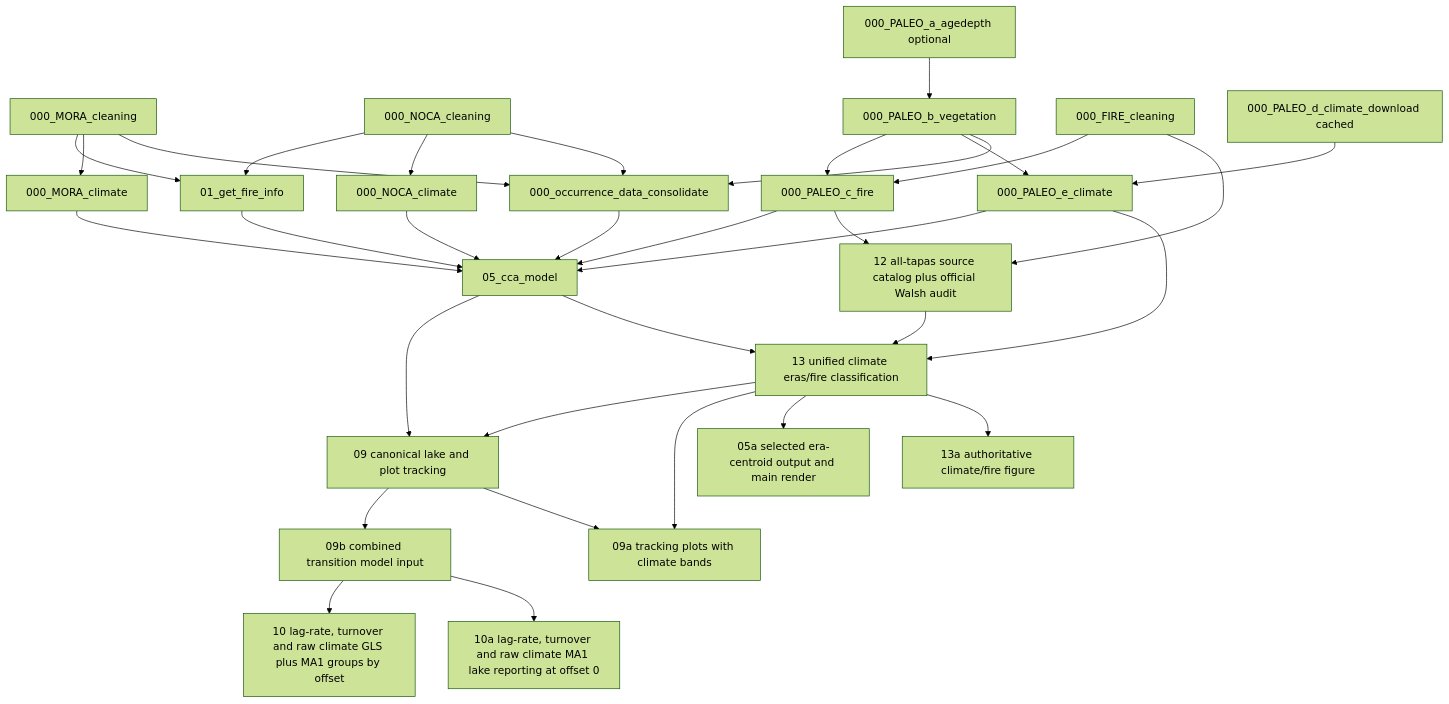
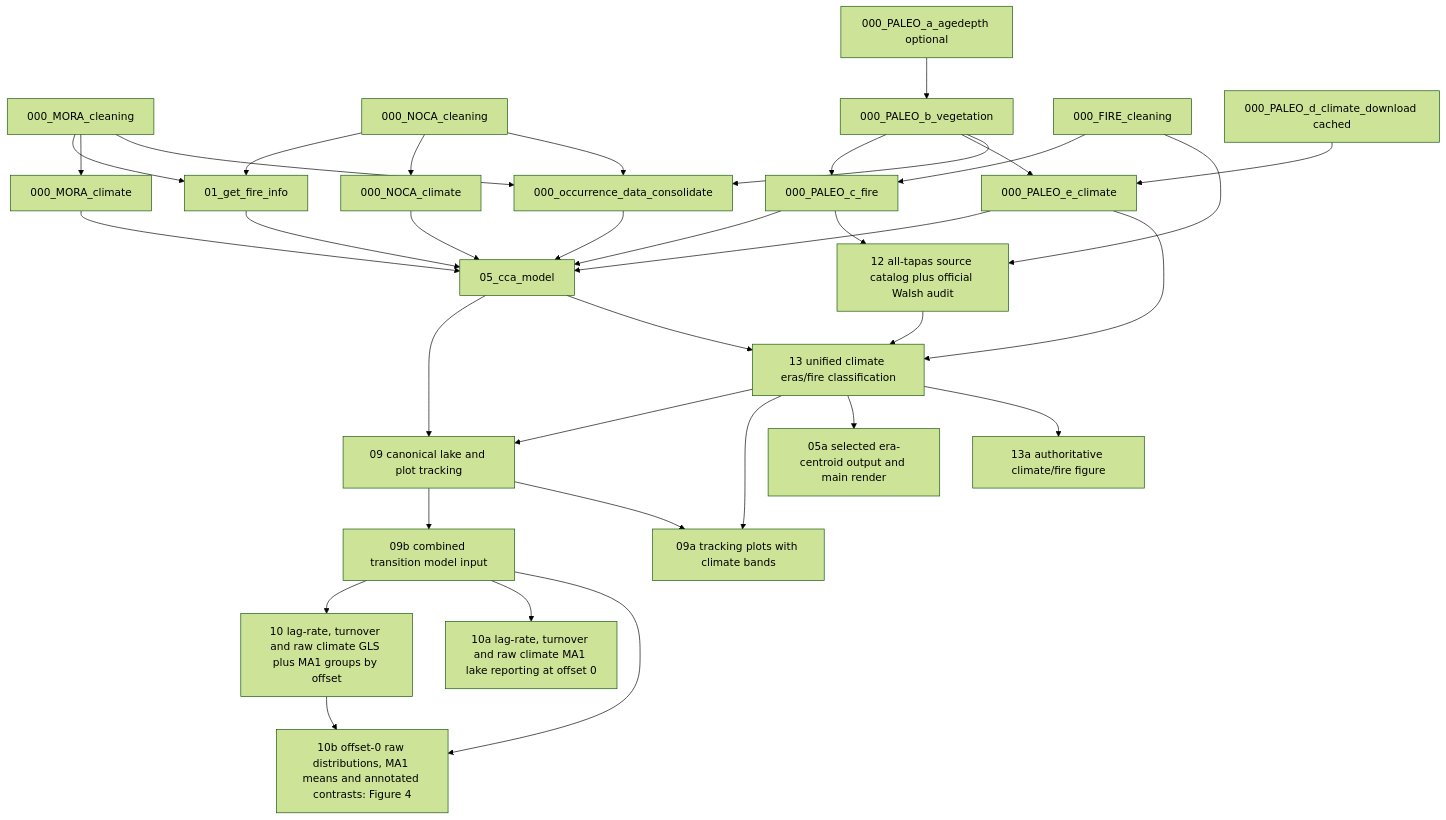
Before and after one commit to billurbektas/PaleoACES: the diagram in docs/WORKFLOW.md, drawn with Mermaid (forest theme). The commit also changed other lines of this file and 36 other files, not shown here.

Commit message:
Add offset-zero manuscript violins with GLS means and contrasts

````diff
--- a/docs/WORKFLOW.md
+++ b/docs/WORKFLOW.md
@@ -74,35 +75,37 @@
 ```mermaid
 flowchart TD
   MV[000_MORA_cleaning] --> AF[01_get_fire_info]
   NV[000_NOCA_cleaning] --> AF
   MV --> MC[000_MORA_climate]
   NV --> NC[000_NOCA_climate]
   BA[000_PALEO_a_agedepth optional] --> PV[000_PALEO_b_vegetation]
   FW[000_FIRE_cleaning] --> PF[000_PALEO_c_fire]
   PV --> PF
   PD[000_PALEO_d_climate_download cached] --> PE[000_PALEO_e_climate]
   PV --> PE
   MV --> OC[000_occurrence_data_consolidate]
   NV --> OC
   PV --> OC
   OC --> CCA[05_cca_model]
   MC --> CCA
   NC --> CCA
   PE --> CCA
   AF --> CCA
   PF --> CCA
   CCA --> TM1[09 canonical lake and plot tracking]
   FW --> WR[12 all-tapas source catalog plus official Walsh audit]
   PF --> WR
   CCA --> ER[13 unified climate eras/fire classification]
   ER --> TM1
   TM1 --> MD[09b combined transition model input]
   MD --> GLS[10 lag-rate, turnover and raw climate GLS plus MA1 groups by offset]
   MD --> LS[10a lag-rate, turnover and raw climate MA1 lake reporting at offset 0]
+  MD --> MF[10b offset-0 raw distributions, MA1 means and annotated contrasts: Figure 4]
+  GLS --> MF
   TM1 --> TV[09a tracking plots with climate bands]
   ER --> TV
   PE --> ER
   WR --> ER
   ER --> CA[05a selected era-centroid output and main render]
   ER --> CF[13a authoritative climate/fire figure]
 ```
````
